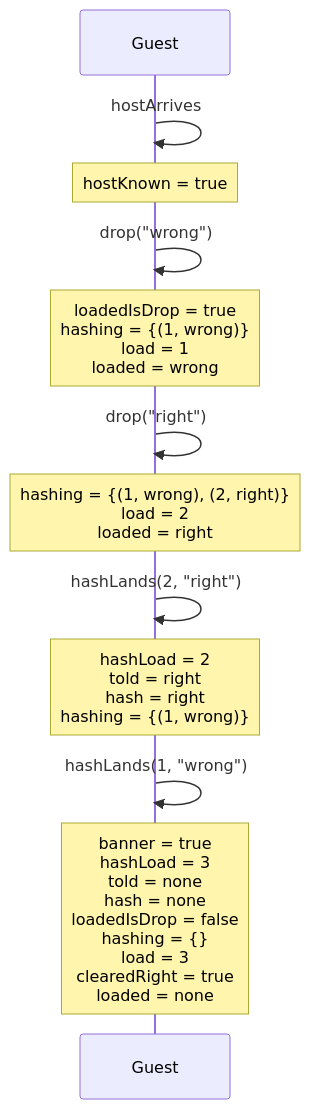
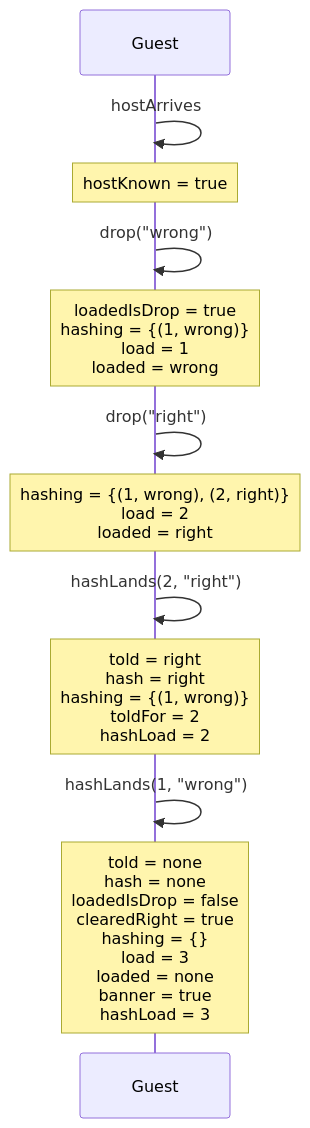
Before and after one commit to kwilson21/kaillera-next: diagram 16 of 18 in docs/spec-traces.md, drawn with Mermaid. The commit also changed other lines of this file and 5 other files, not shown here.

First line of the commit message:
fix: a guest's drop says "not ready" at once, so a start never counts it in on the previous ROM

````diff
--- a/docs/spec-traces.md
+++ b/docs/spec-traces.md
@@ -514,14 +514,14 @@
 ```mermaid
 sequenceDiagram
   participant Guest
   Guest->>Guest: hostArrives
   Note over Guest: hostKnown = true
   Guest->>Guest: drop("wrong")
   Note over Guest: loadedIsDrop = true<br/>hashing = {(1, wrong)}<br/>load = 1<br/>loaded = wrong
   Guest->>Guest: drop("right")
   Note over Guest: hashing = {(1, wrong), (2, right)}<br/>load = 2<br/>loaded = right
   Guest->>Guest: hashLands(2, "right")
-  Note over Guest: hashLoad = 2<br/>told = right<br/>hash = right<br/>hashing = {(1, wrong)}
+  Note over Guest: told = right<br/>hash = right<br/>hashing = {(1, wrong)}<br/>toldFor = 2<br/>hashLoad = 2
   Guest->>Guest: hashLands(1, "wrong")
-  Note over Guest: banner = true<br/>hashLoad = 3<br/>told = none<br/>hash = none<br/>loadedIsDrop = false<br/>hashing = {}<br/>load = 3<br/>clearedRight = true<br/>loaded = none
+  Note over Guest: told = none<br/>hash = none<br/>loadedIsDrop = false<br/>clearedRight = true<br/>hashing = {}<br/>load = 3<br/>loaded = none<br/>banner = true<br/>hashLoad = 3
 ```
````
